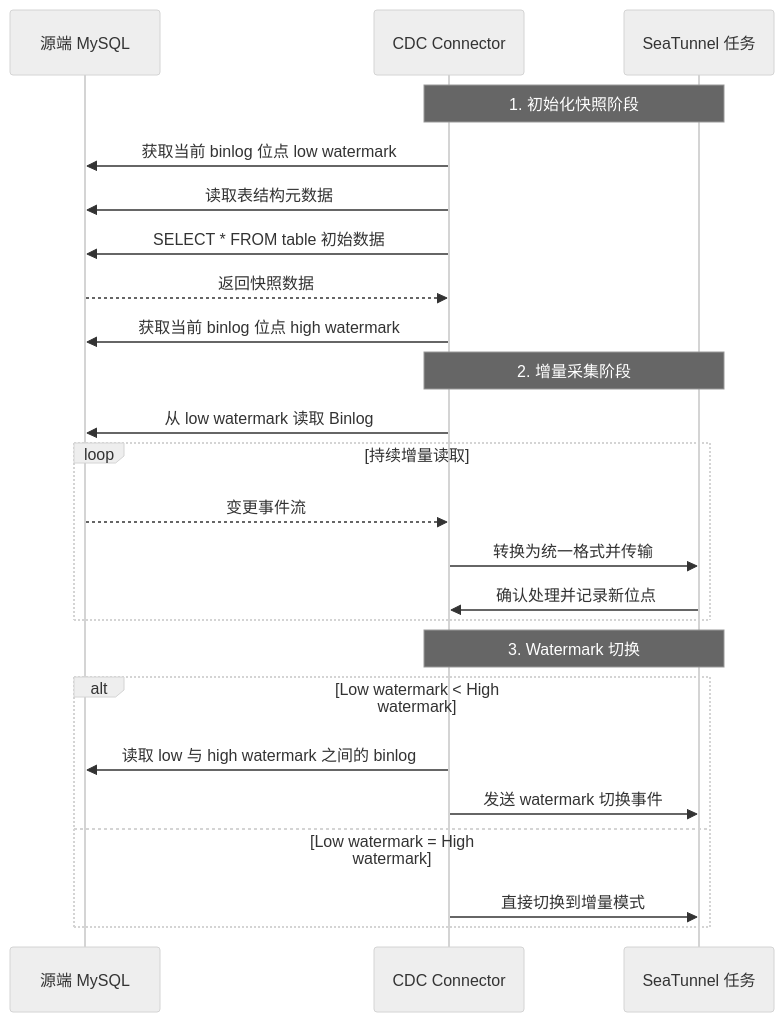
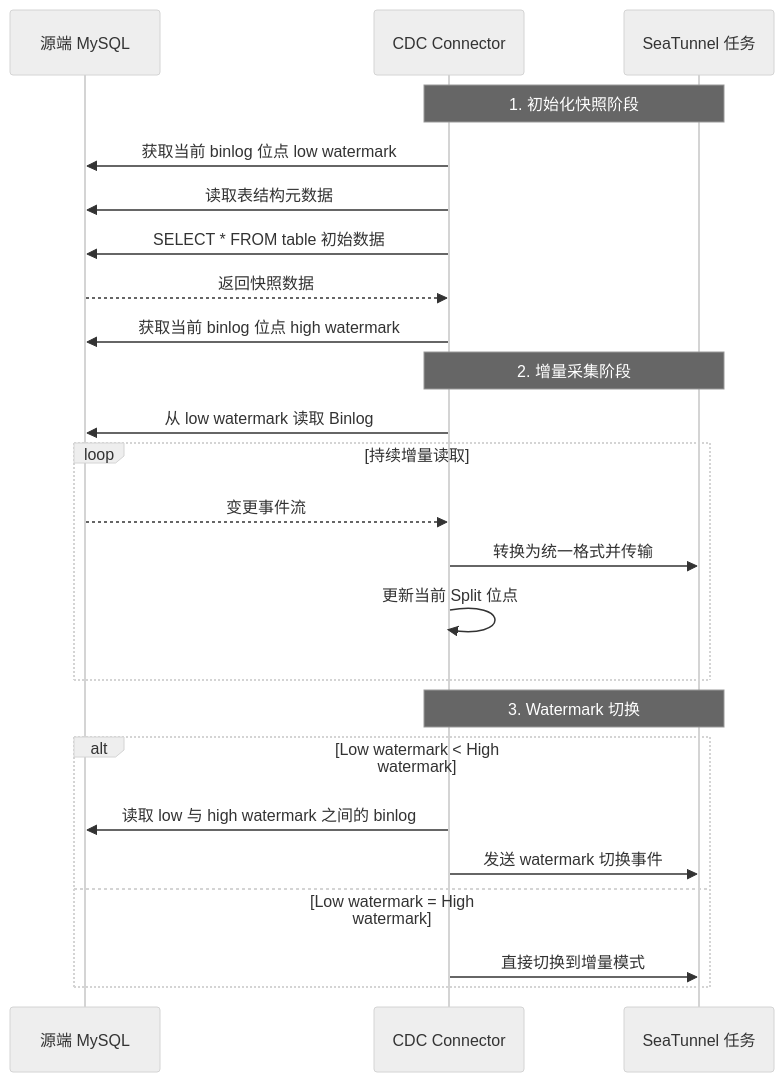
Before and after one commit to apache/seatunnel-website: the third of 8 diagrams in i18n/zh-CN/docusaurus-plugin-content-blog/2026-07-25-seatunnel-zero-loss-zero-duplication-data-consistency.md, drawn with Mermaid (neutral theme). The commit also changed other lines of this file and 1 other file, not shown here.

````diff
--- a/i18n/zh-CN/docusaurus-plugin-content-blog/2026-07-25-seatunnel-zero-loss-zero-duplication-data-consistency.md
+++ b/i18n/zh-CN/docusaurus-plugin-content-blog/2026-07-25-seatunnel-zero-loss-zero-duplication-data-consistency.md
@@ -134,29 +140,29 @@
 ```mermaid
 sequenceDiagram
     participant SourceMySQL as 源端 MySQL
     participant CDCConnector as CDC Connector
     participant SeaTunnelTask as SeaTunnel 任务
 
     Note over CDCConnector,SeaTunnelTask: 1. 初始化快照阶段
     CDCConnector->>SourceMySQL: 获取当前 binlog 位点 low watermark
     CDCConnector->>SourceMySQL: 读取表结构元数据
     CDCConnector->>SourceMySQL: SELECT * FROM table 初始数据
     SourceMySQL-->>CDCConnector: 返回快照数据
     CDCConnector->>SourceMySQL: 获取当前 binlog 位点 high watermark
 
     Note over CDCConnector,SeaTunnelTask: 2. 增量采集阶段
     CDCConnector->>SourceMySQL: 从 low watermark 读取 Binlog
     loop 持续增量读取
         SourceMySQL-->>CDCConnector: 变更事件流
         CDCConnector->>SeaTunnelTask: 转换为统一格式并传输
-        SeaTunnelTask->>CDCConnector: 确认处理并记录新位点
+        CDCConnector->>CDCConnector: 更新当前 Split 位点
     end
 
     Note over CDCConnector,SeaTunnelTask: 3. Watermark 切换
     alt Low watermark < High watermark
         CDCConnector->>SourceMySQL: 读取 low 与 high watermark 之间的 binlog
         CDCConnector->>SeaTunnelTask: 发送 watermark 切换事件
     else Low watermark = High watermark
         CDCConnector->>SeaTunnelTask: 直接切换到增量模式
     end
 ```
````
